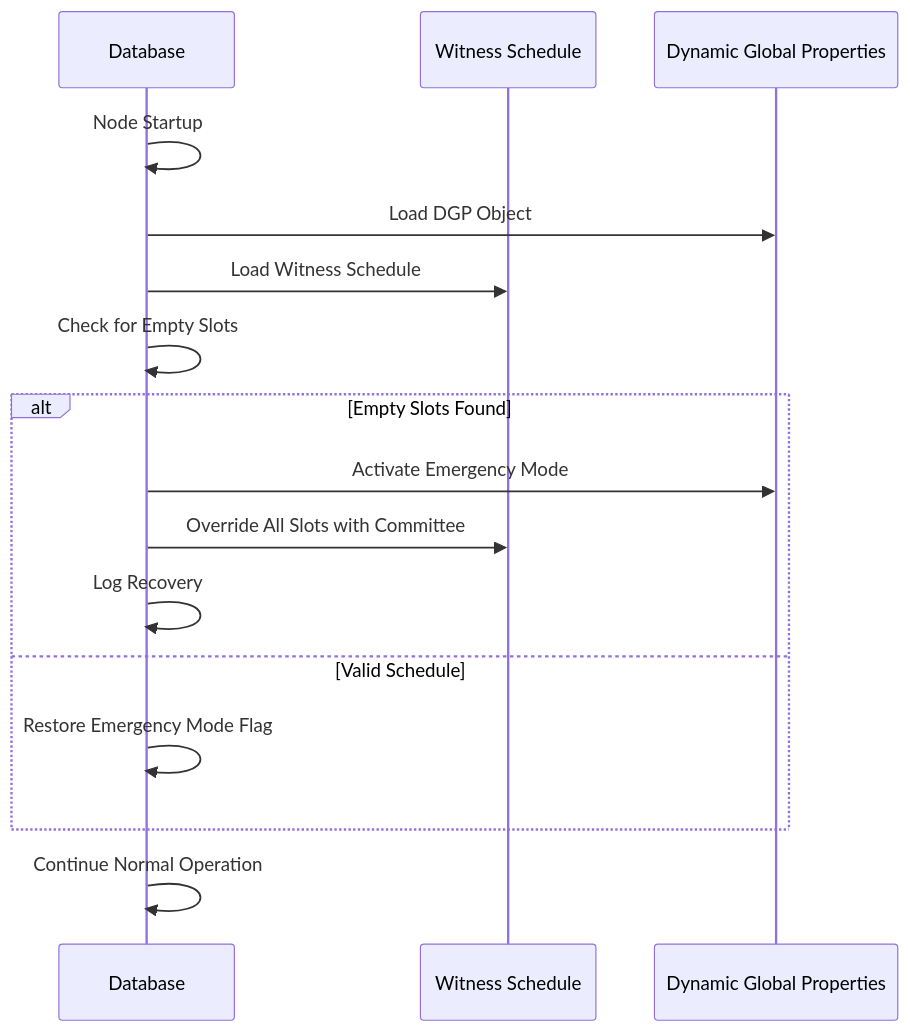
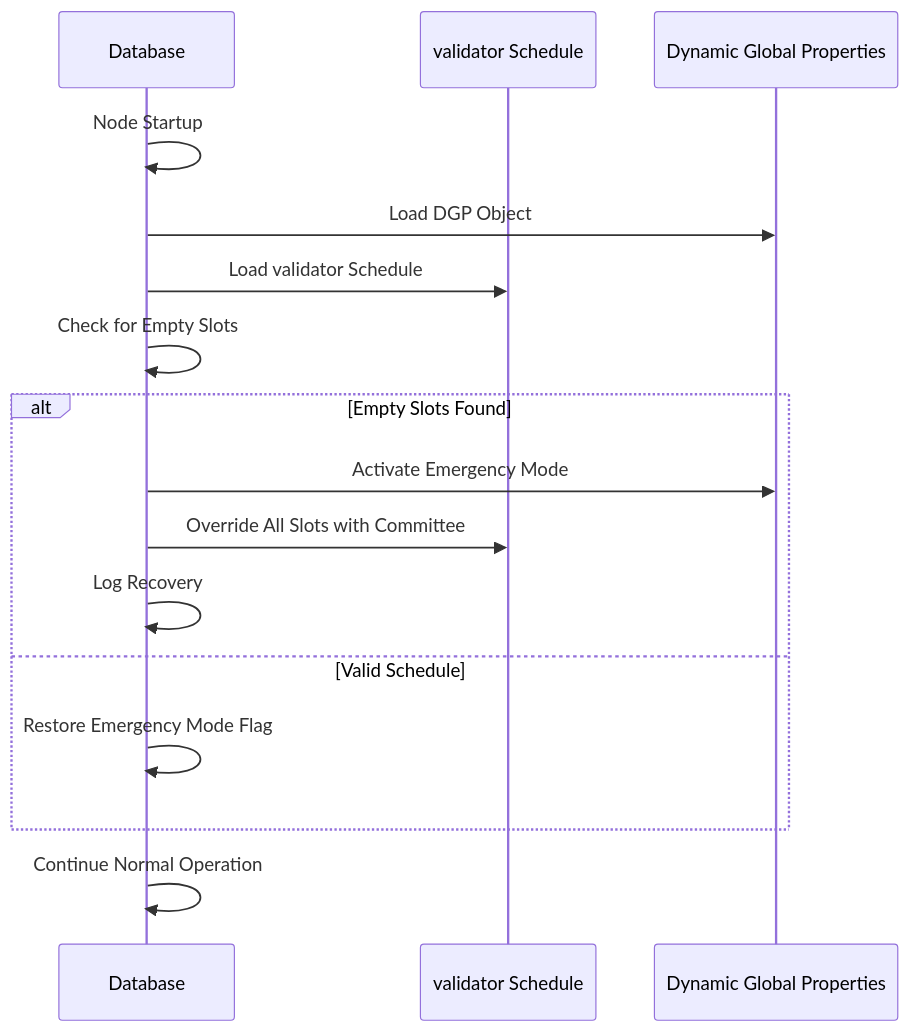
The fourth of 9 diagrams in .qoder/repowiki/en/content/Core Libraries/Emergency Consensus System.md (VIZ-Blockchain/viz-cpp-node), drawn with Mermaid before and after one commit. The commit also changed other lines of this file and 88 other files, not shown here.

First line of the commit message:
docs(validator): rename witness to validator throughout documentation

````diff
--- a/.qoder/repowiki/en/content/Core Libraries/Emergency Consensus System.md
+++ b/.qoder/repowiki/en/content/Core Libraries/Emergency Consensus System.md
@@ -243,18 +243,18 @@
 ```mermaid
 sequenceDiagram
 participant DB as Database
-participant WSO as Witness Schedule
+participant WSO as validator Schedule
 participant DGP as Dynamic Global Properties
 DB->>DB : Node Startup
 DB->>DGP : Load DGP Object
-DB->>WSO : Load Witness Schedule
+DB->>WSO : Load validator Schedule
 DB->>DB : Check for Empty Slots
 alt Empty Slots Found
 DB->>DGP : Activate Emergency Mode
 DB->>WSO : Override All Slots with Committee
 DB->>DB : Log Recovery
 else Valid Schedule
 DB->>DB : Restore Emergency Mode Flag
 end
 DB->>DB : Continue Normal Operation
 ```
````
